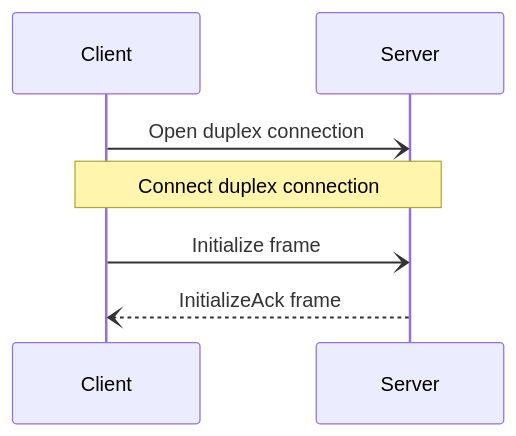
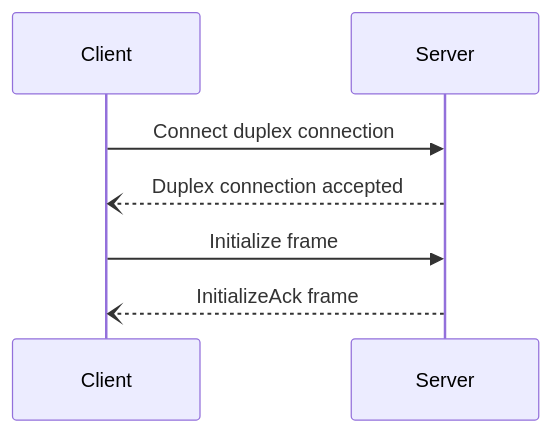
One commit to icerpc/icerpc-docs changed the first of 2 diagrams in pages/icerpc-core/slic-protocol/connection-establishment.md. Above: the diagram before and after it, drawn with Mermaid. The commit also changed other lines of this file and 5 other files, not shown here.

Commit message:
Updated diagrams to use sync arrows

````diff
--- a/pages/icerpc-core/slic-protocol/connection-establishment.md
+++ b/pages/icerpc-core/slic-protocol/connection-establishment.md
@@ -43,7 +43,7 @@
 ```mermaid
 sequenceDiagram
-    Client-)Server: Open duplex connection
-    Note over Client,Server: Connect duplex connection
-    Client-)Server: Initialize frame
+    Client->>Server: Connect duplex connection
+    Server--)Client: Duplex connection accepted
+    Client->>Server: Initialize frame
     Server--)Client: InitializeAck frame
 ```
````
